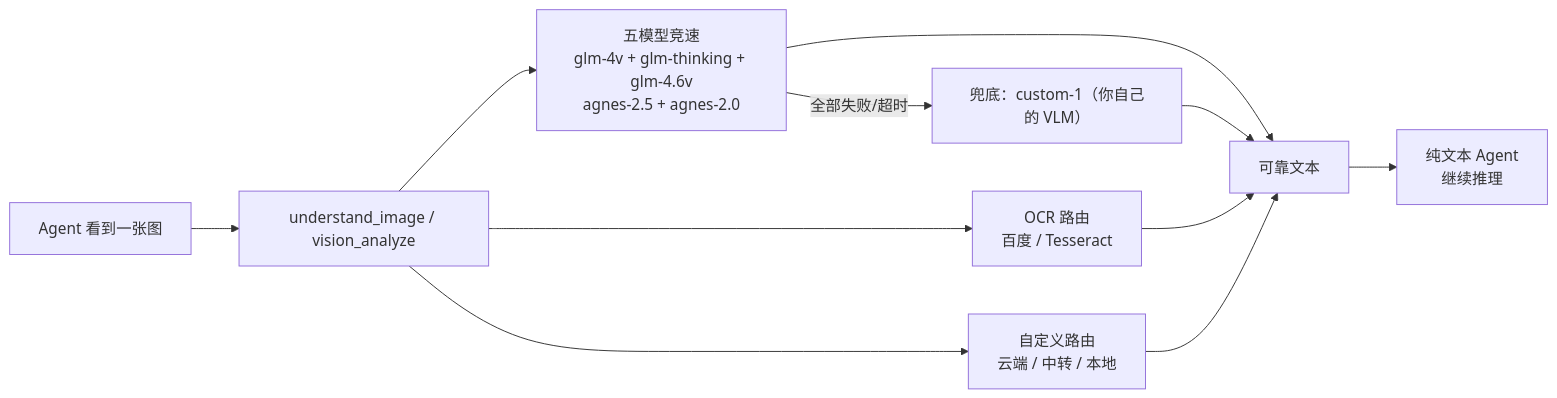
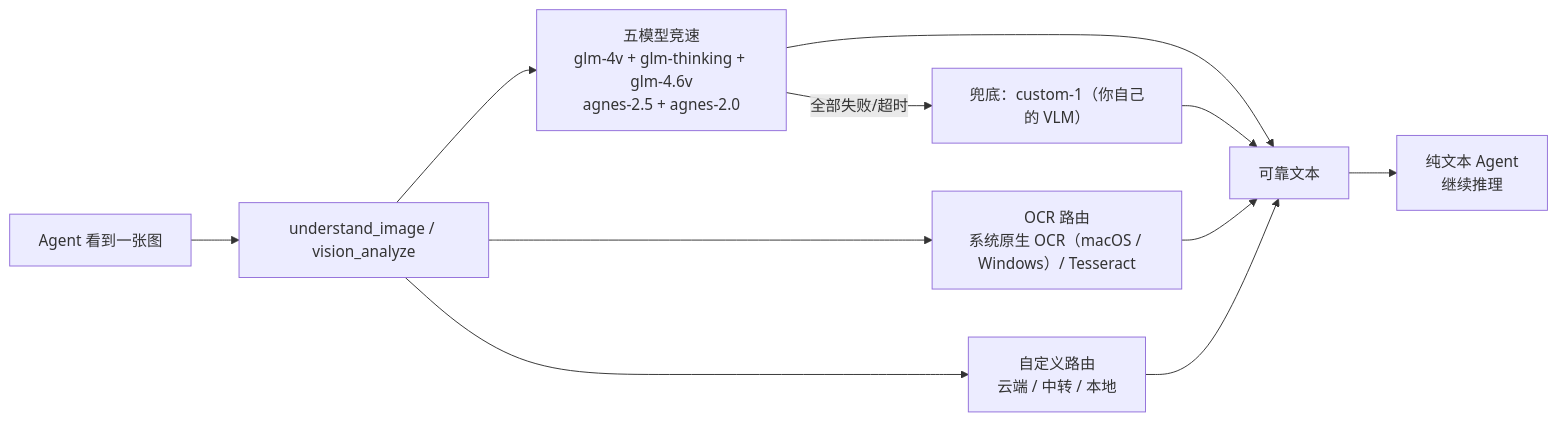
Before and after one commit to LaconicChip/vision-mcp: the diagram in README.zh-CN.md, drawn with Mermaid. The commit also changed other lines of this file and 6 other files, not shown here.

First line of the commit message:
feat: system-native OCR, drop Baidu (Apple Vision / Windows OCR / Tesseract)

````diff
--- a/README.zh-CN.md
+++ b/README.zh-CN.md
@@ -59,13 +59,13 @@
 ```mermaid
 flowchart LR
     A["Agent 看到一张图"] --> B["understand_image / vision_analyze"]
     B --> R["五模型竞速<br/>glm-4v + glm-thinking + glm-4.6v<br/>agnes-2.5 + agnes-2.0"]
-    B --> O["OCR 路由<br/>百度 / Tesseract"]
+    B --> O["OCR 路由<br/>系统原生 OCR（macOS / Windows）/ Tesseract"]
     B --> C["自定义路由<br/>云端 / 中转 / 本地"]
     R --> T["可靠文本"]
     O --> T
     C --> T
     R -- "全部失败/超时" --> V["兜底：custom-1（你自己的 VLM）"]
     V --> T
     T --> D["纯文本 Agent<br/>继续推理"]
 ```
````
